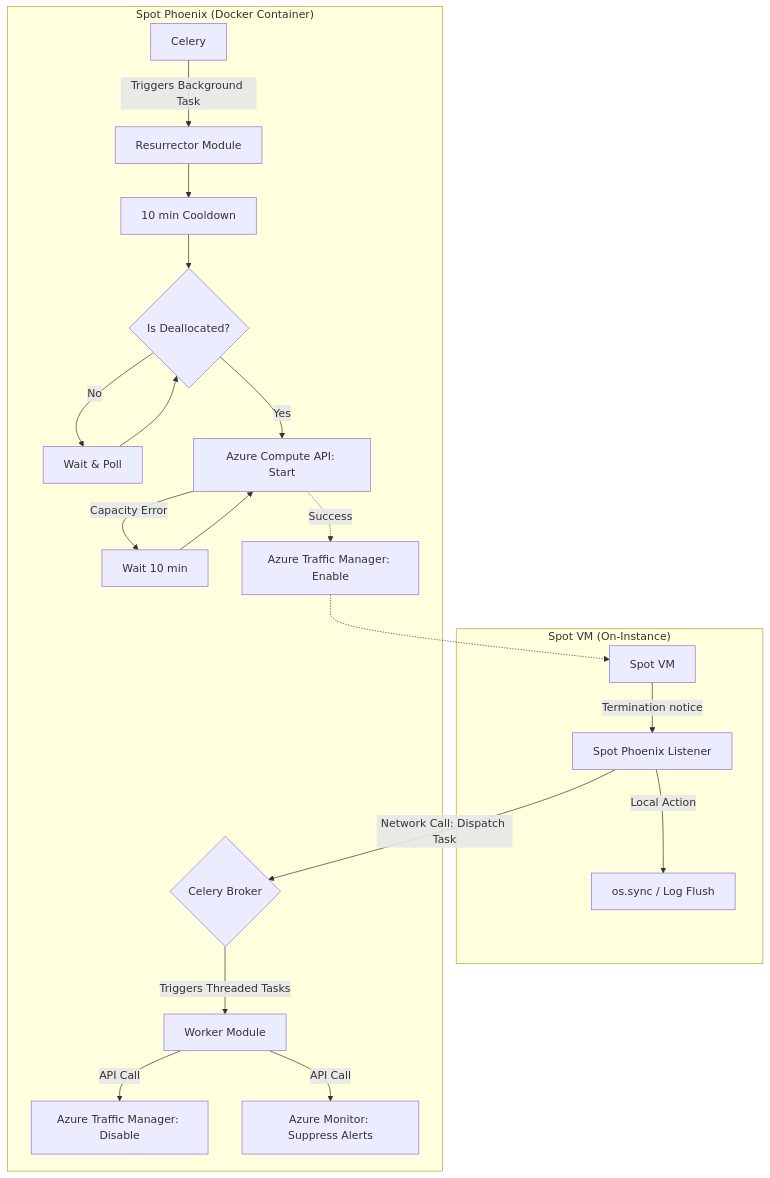
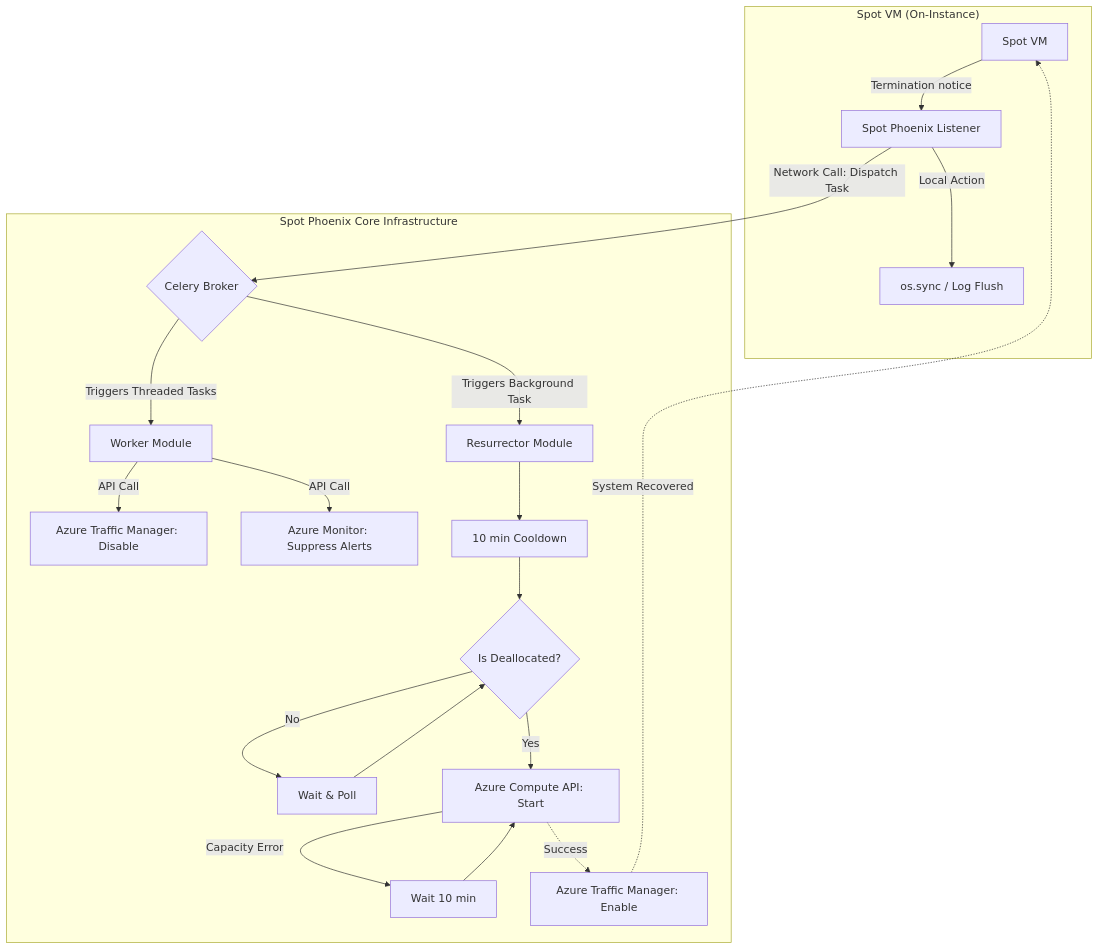
One commit to Aukse5/SpotPhoenix changed the second of 2 diagrams in Documentation.md. Above: the diagram before and after it, drawn with Mermaid.

````diff
--- a/Documentation.md
+++ b/Documentation.md
@@ -83,29 +83,29 @@
 ```mermaid
 graph TD
     subgraph "Spot VM (On-Instance)"
         A[Spot VM] -->|Termination notice| L1[Spot Phoenix Listener]
         L1 -->|Local Action| MEM[os.sync / Log Flush]
     end
 
     L1 -->|Network Call: Dispatch Task| CELERY
 
-    subgraph "Spot Phoenix (Docker Container)"
+    subgraph "Spot Phoenix Core Infrastructure"
         CELERY{Celery Broker} -->|Triggers Threaded Tasks| W[Worker Module]
-        Celery -->|Triggers Background Task| R[Resurrector Module]
+        CELERY -->|Triggers Background Task| R[Resurrector Module]
 
         W -->|API Call| ATM[Azure Traffic Manager: Disable]
         W -->|API Call| MON[Azure Monitor: Suppress Alerts]
         
         R --> C[10 min Cooldown]
         C --> S{Is Deallocated?}
         S -- No --> W1[Wait & Poll]
         W1 --> S
 
         S -- Yes --> AZ[Azure Compute API: Start]
         AZ -- Capacity Error --> W2[Wait 10 min]
         W2 --> AZ
 
         AZ -.->|Success| ATM_EN[Azure Traffic Manager: Enable]
-        ATM_EN -.-> A
+        ATM_EN -.->|System Recovered| A
     end
 ```
````
